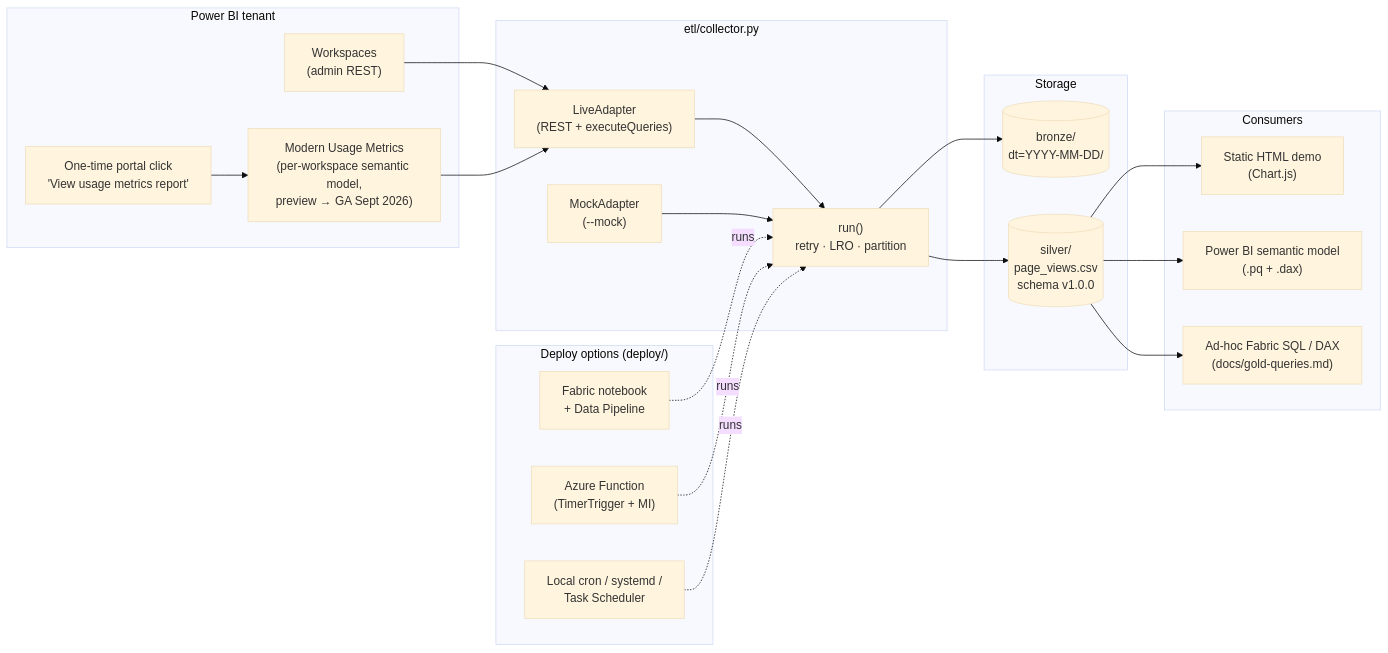
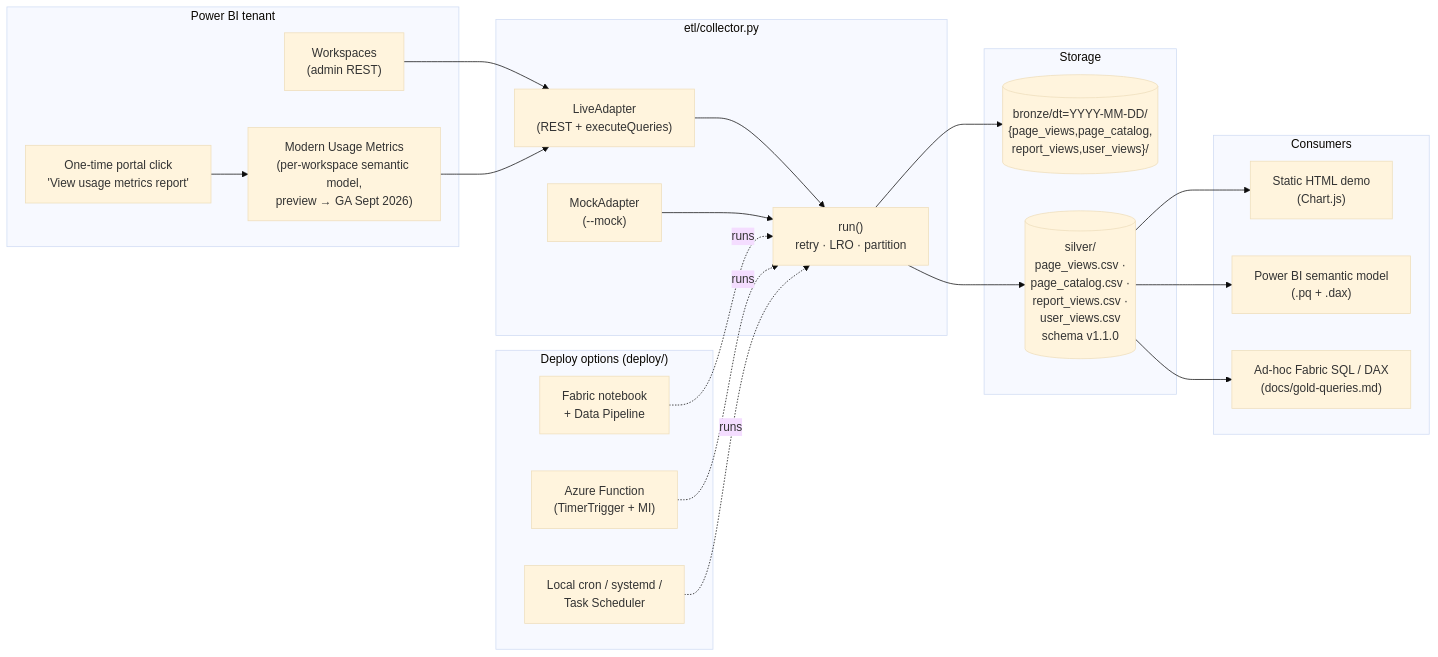
Before and after one commit to anuraagr/powerbi-page-telemetry: the diagram in README.md, drawn with Mermaid (base theme). The commit also changed other lines of this file and 17 other files, not shown here.

````diff
--- a/README.md
+++ b/README.md
@@ -84,45 +97,45 @@
 ```mermaid
 flowchart LR
     subgraph PBI["Power BI tenant"]
         WS["Workspaces<br/>(admin REST)"]
         UM["Modern Usage Metrics<br/>(per-workspace semantic model,<br/>preview → GA Sept 2026)"]
         Boot["One-time portal click<br/>'View usage metrics report'"]
     end
 
     subgraph Collector["etl/collector.py"]
         LA["LiveAdapter<br/>(REST + executeQueries)"]
         MA["MockAdapter<br/>(--mock)"]
         Run["run()<br/>retry · LRO · partition"]
     end
 
     subgraph Storage["Storage"]
-        B[("bronze/<br/>dt=YYYY-MM-DD/")]
-        S[("silver/<br/>page_views.csv<br/>schema v1.0.0")]
+        B[("bronze/dt=YYYY-MM-DD/<br/>{page_views,page_catalog,<br/>report_views,user_views}/")]
+        S[("silver/<br/>page_views.csv ·<br/>page_catalog.csv ·<br/>report_views.csv ·<br/>user_views.csv<br/>schema v1.1.0")]
     end
 
     subgraph Consumers["Consumers"]
         Dash["Static HTML demo<br/>(Chart.js)"]
         PBI2["Power BI semantic model<br/>(.pq + .dax)"]
         SQL["Ad-hoc Fabric SQL / DAX<br/>(docs/gold-queries.md)"]
     end
 
     subgraph Deploy["Deploy options (deploy/)"]
         F["Fabric notebook<br/>+ Data Pipeline"]
         A["Azure Function<br/>(TimerTrigger + MI)"]
         L["Local cron / systemd /<br/>Task Scheduler"]
     end
 
     WS --> LA
     Boot --> UM
     UM --> LA
     LA --> Run
     MA --> Run
     Run --> B
     Run --> S
     S --> Dash
     S --> PBI2
     S --> SQL
     F -.runs.-> Run
     A -.runs.-> Run
     L -.runs.-> Run
 ```
````
